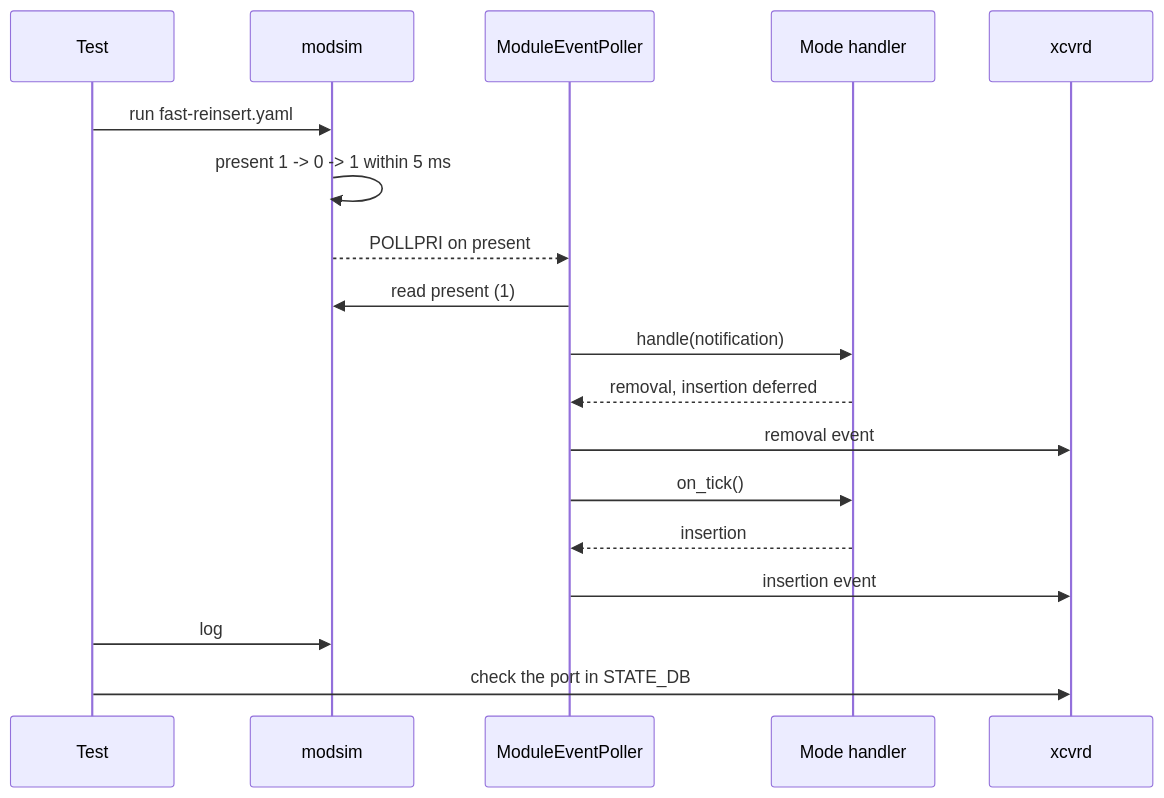
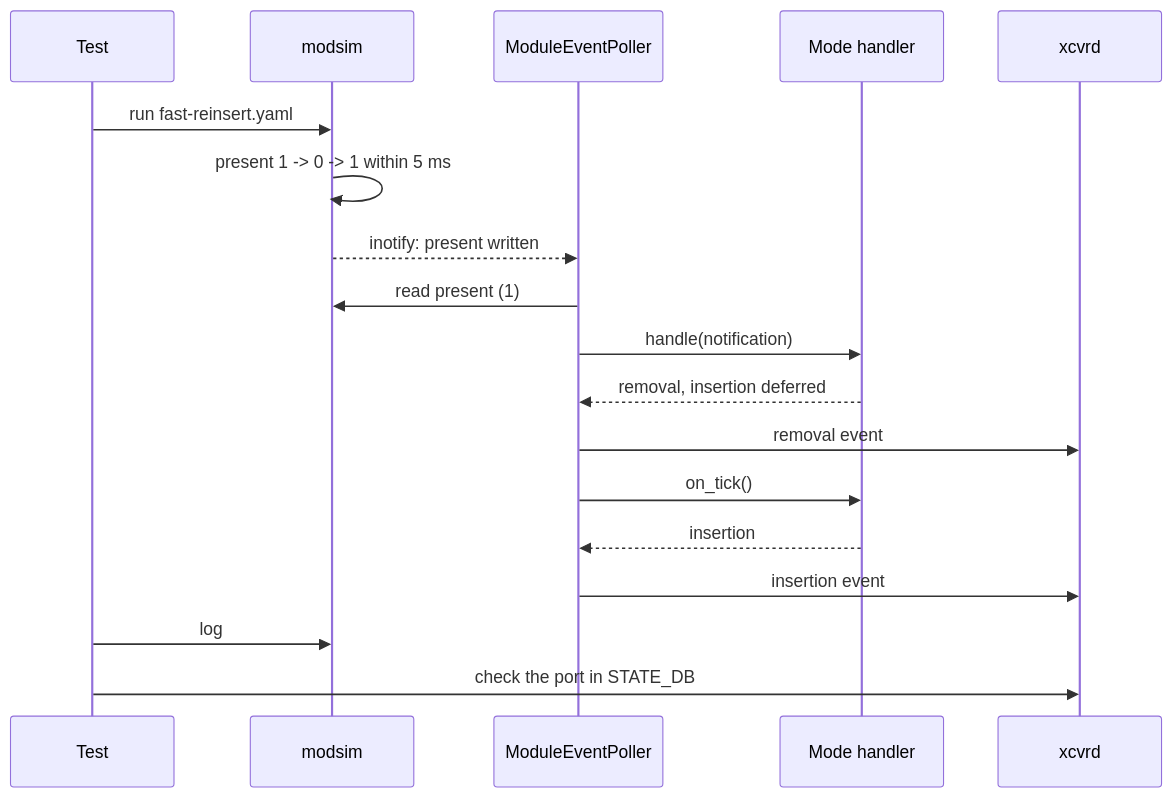
Before and after one commit to sonic-net/SONiC: the seventh of 7 diagrams in doc/module-change-event-refactor/module-change-event-refactor-hld.md, drawn with Mermaid. The commit also changed other lines of this file, not shown here.

````diff
--- a/doc/module-change-event-refactor/module-change-event-refactor-hld.md
+++ b/doc/module-change-event-refactor/module-change-event-refactor-hld.md
@@ -373,20 +387,20 @@
 ```mermaid
 sequenceDiagram
     participant Test
     participant modsim
     participant Poller as ModuleEventPoller
     participant Handler as Mode handler
     participant xcvrd
     Test->>modsim: run fast-reinsert.yaml
     modsim->>modsim: present 1 -> 0 -> 1 within 5 ms
-    modsim-->>Poller: POLLPRI on present
+    modsim-->>Poller: inotify: present written
     Poller->>modsim: read present (1)
     Poller->>Handler: handle(notification)
     Handler-->>Poller: removal, insertion deferred
     Poller->>xcvrd: removal event
     Poller->>Handler: on_tick()
     Handler-->>Poller: insertion
     Poller->>xcvrd: insertion event
     Test->>modsim: log
     Test->>xcvrd: check the port in STATE_DB
 ```
````
